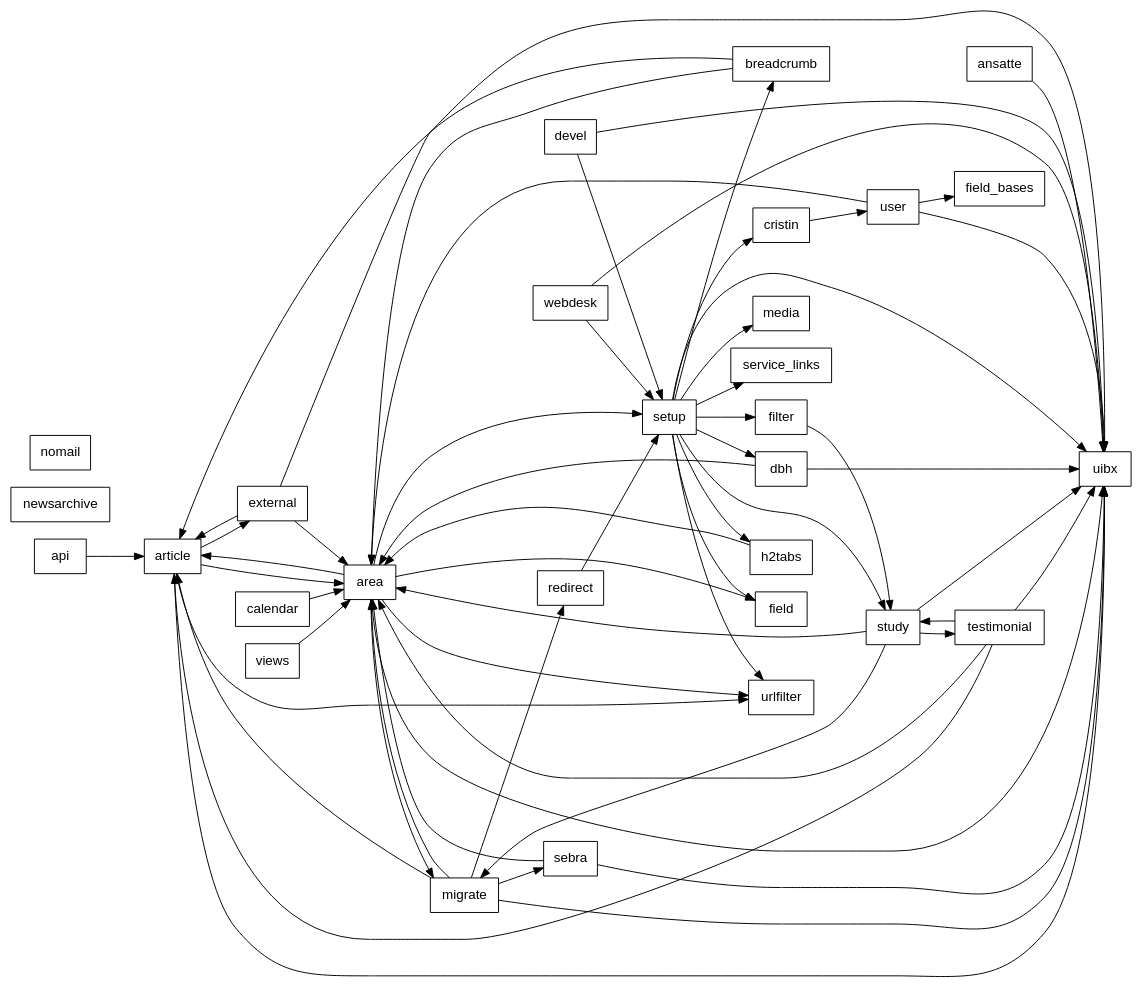
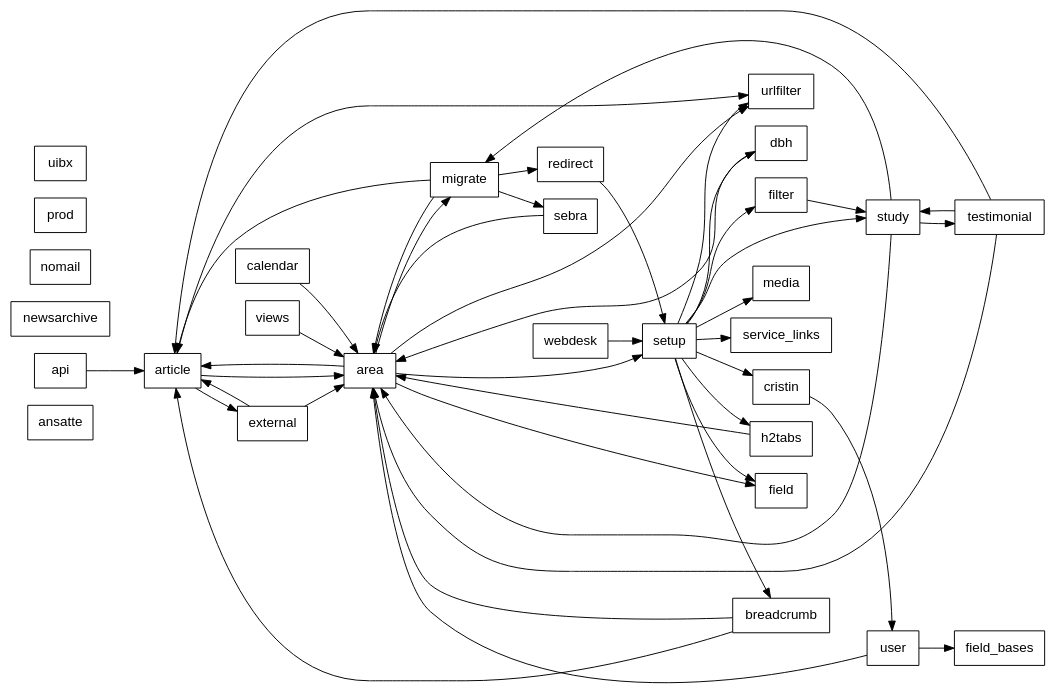
Before and after one commit to smbjorklund/media_update: the diagram in doc/img/module-dep.dot, drawn with Graphviz. The commit also changed 2 other files, not shown here.

Commit message:
Drop dependices on uibx
This makes for a much simpler diagram.  Showing the uibx references
wasn't really that informative anyways.

```diff
--- a/doc/img/module-dep.dot
+++ b/doc/img/module-dep.dot
@@ -1,91 +1,77 @@
 digraph {
   rankdir=LR;
   node [shape=box, padding=0, fontname=Helvetica];
   uib_ansatte [label="ansatte"];
-  uib_ansatte -> uibx;
   uib_api [label="api"];
   uib_api -> uib_article;
   uib_area [label="area"];
   uib_area -> uib_article;
   uib_area -> uib_field;
   uib_area -> uib_migrate;
   uib_area -> uib_setup;
   uib_area -> uib_urlfilter;
-  uib_area -> uibx;
   uib_article [label="article"];
   uib_article -> uib_area;
   uib_article -> uib_external;
   uib_article -> uib_urlfilter;
-  uib_article -> uibx;
   uib_breadcrumb [label="breadcrumb"];
   uib_breadcrumb -> uib_area;
   uib_breadcrumb -> uib_article;
   uib_calendar [label="calendar"];
   uib_calendar -> uib_area;
   uib_cristin [label="cristin"];
   uib_cristin -> uib_user;
   uib_dbh [label="dbh"];
   uib_dbh -> uib_area;
-  uib_dbh -> uibx;
-  uib_devel [label="devel"];
-  uib_devel -> uib_setup;
-  uib_devel -> uibx;
   uib_external [label="external"];
   uib_external -> uib_area;
   uib_external -> uib_article;
-  uib_external -> uibx;
   uib_field [label="field"];
   uib_field_bases [label="field_bases"];
   uib_filter [label="filter"];
   uib_filter -> uib_study;
   uib_h2tabs [label="h2tabs"];
   uib_h2tabs -> uib_area;
   uib_media [label="media"];
   uib_migrate [label="migrate"];
-  uib_migrate -> uibx;
   uib_migrate -> uib_article;
   uib_migrate -> uib_area;
   uib_migrate -> uib_sebra;
   uib_migrate -> uib_redirect;
   uib_newsarchive [label="newsarchive"];
   uib_nomail [label="nomail"];
+  uib_prod [label="prod"];
   uib_redirect [label="redirect"];
   uib_redirect -> uib_setup;
   uib_sebra [label="sebra"];
   uib_sebra -> uib_area;
-  uib_sebra -> uibx;
   uib_service_links [label="service_links"];
   uib_setup [label="setup"];
   uib_setup -> uib_breadcrumb;
   uib_setup -> uib_cristin;
   uib_setup -> uib_dbh;
   uib_setup -> uib_field;
   uib_setup -> uib_filter;
   uib_setup -> uib_h2tabs;
   uib_setup -> uib_media;
   uib_setup -> uib_service_links;
   uib_setup -> uib_study;
   uib_setup -> uib_urlfilter;
-  uib_setup -> uibx;
   uib_study [label="study"];
   uib_study -> uib_area;
   uib_study -> uib_migrate;
   uib_study -> uib_testimonial;
-  uib_study -> uibx;
   uib_testimonial [label="testimonial"];
   uib_testimonial -> uib_area;
   uib_testimonial -> uib_article;
   uib_testimonial -> uib_study;
-  uib_testimonial -> uibx;
   uib_urlfilter [label="urlfilter"];
   uib_user [label="user"];
   uib_user -> uib_area;
   uib_user -> uib_field_bases;
-  uib_user -> uibx;
   uib_views [label="views"];
   uib_views -> uib_area;
   uib_webdesk [label="webdesk"];
   uib_webdesk -> uib_setup;
-  uib_webdesk -> uibx;
   uibx [label="uibx"];
 }
```
